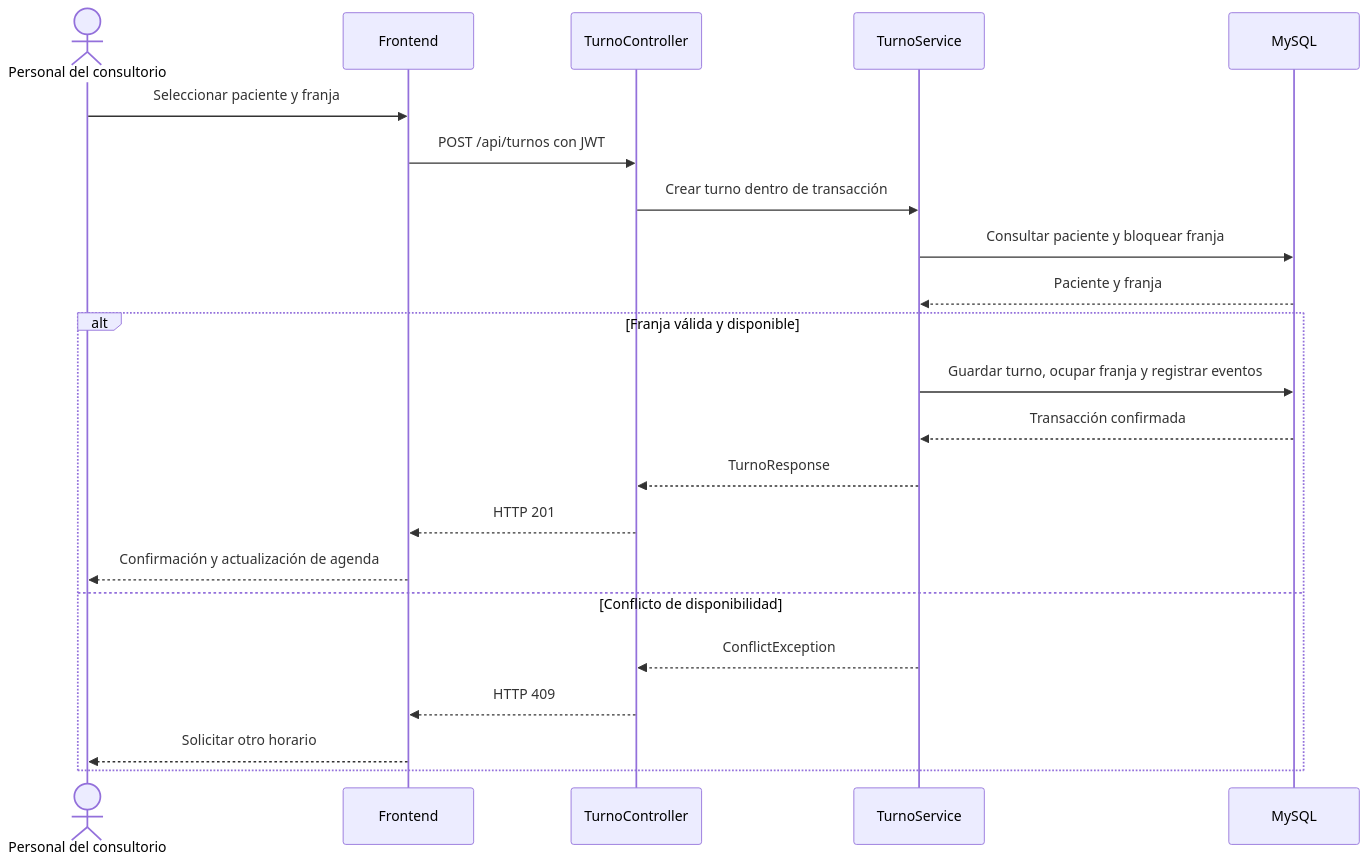
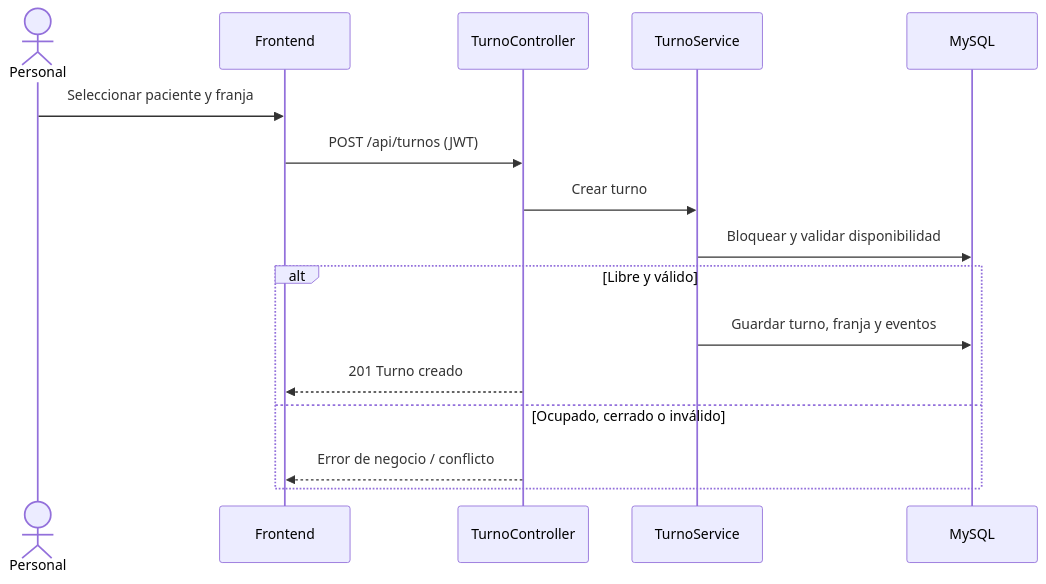
Before and after one commit to Brisaheredia/agenda-medica: the second of 2 diagrams in docs/arquitectura.md, drawn with Mermaid. The commit also changed other lines of this file and 26 other files, not shown here.

````diff
--- a/docs/arquitectura.md
+++ b/docs/arquitectura.md
@@ -50,24 +60,18 @@
 ```mermaid
 sequenceDiagram
-    actor operador as Personal del consultorio
-    participant frontend as Frontend
-    participant api as TurnoController
-    participant servicio as TurnoService
-    participant bd as MySQL
-    operador->>frontend: Seleccionar paciente y franja
-    frontend->>api: POST /api/turnos con JWT
-    api->>servicio: Crear turno dentro de transacción
-    servicio->>bd: Consultar paciente y bloquear franja
-    bd-->>servicio: Paciente y franja
-    alt Franja válida y disponible
-        servicio->>bd: Guardar turno, ocupar franja y registrar eventos
-        bd-->>servicio: Transacción confirmada
-        servicio-->>api: TurnoResponse
-        api-->>frontend: HTTP 201
-        frontend-->>operador: Confirmación y actualización de agenda
-    else Conflicto de disponibilidad
-        servicio-->>api: ConflictException
-        api-->>frontend: HTTP 409
-        frontend-->>operador: Solicitar otro horario
+    actor Personal
+    participant UI as Frontend
+    participant API as TurnoController
+    participant S as TurnoService
+    participant DB as MySQL
+    Personal->>UI: Seleccionar paciente y franja
+    UI->>API: POST /api/turnos (JWT)
+    API->>S: Crear turno
+    S->>DB: Bloquear y validar disponibilidad
+    alt Libre y válido
+      S->>DB: Guardar turno, franja y eventos
+      API-->>UI: 201 Turno creado
+    else Ocupado, cerrado o inválido
+      API-->>UI: Error de negocio / conflicto
     end
 ```
````
